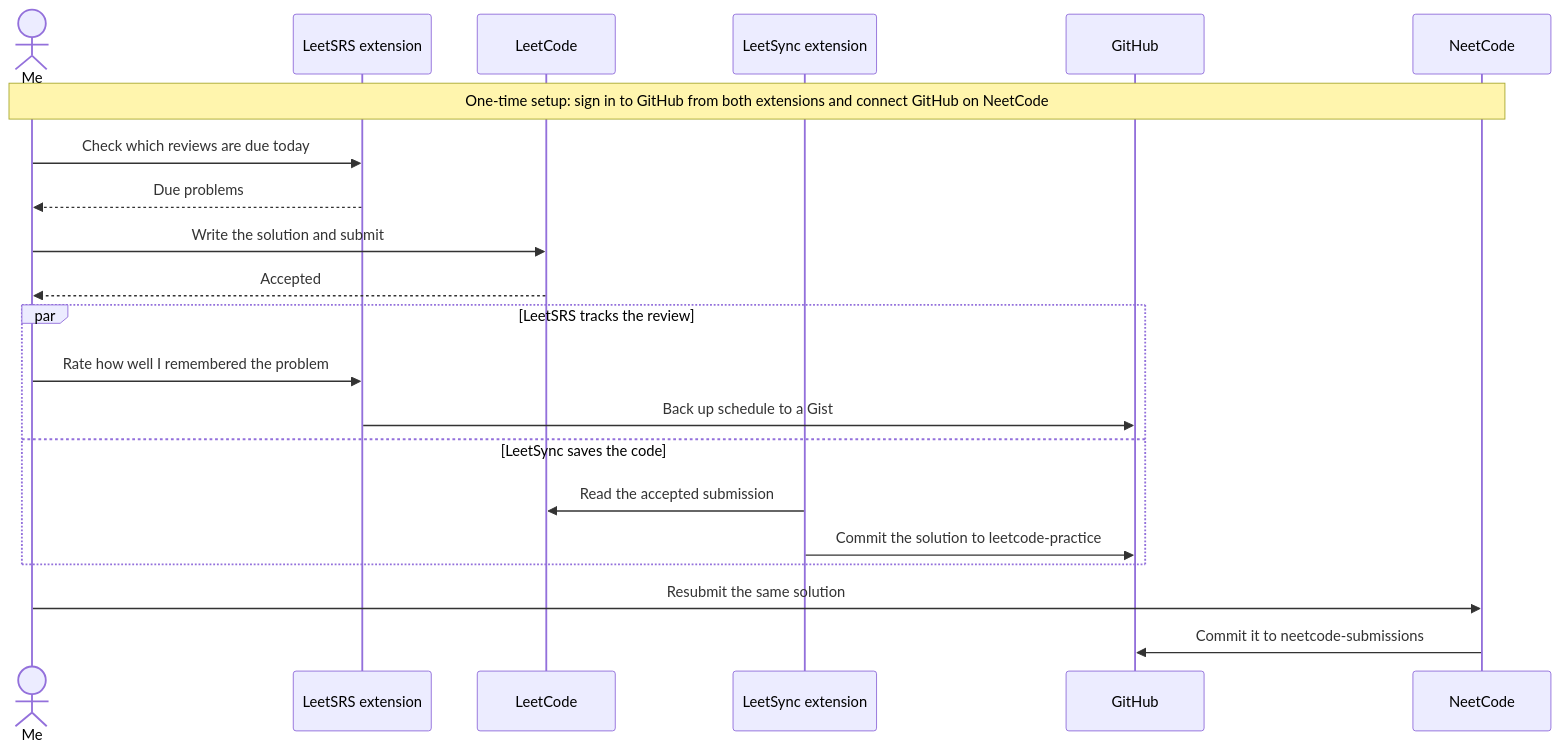
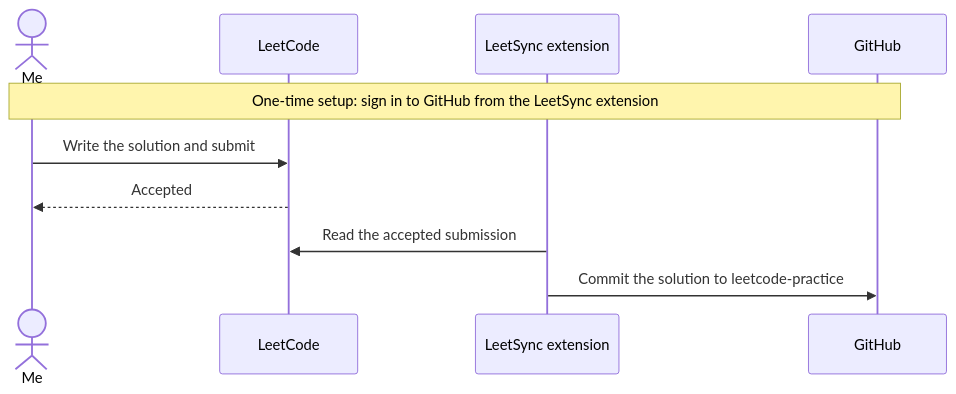
The diagram in README.md (petrubraha/leetcode-practice), drawn with Mermaid before and after one commit.

Commit message:
docs: remove NeetCode and LeetSRS from sequence diagram

````diff
--- a/README.md
+++ b/README.md
@@ -31,28 +31,15 @@
 ```mermaid
 sequenceDiagram
     actor Me
-    participant SRS as LeetSRS extension
     participant LC as LeetCode
     participant Sync as LeetSync extension
     participant GH as GitHub
-    participant NC as NeetCode
 
-    Note over Me,NC: One-time setup: sign in to GitHub from both extensions and connect GitHub on NeetCode
-
-    Me->>SRS: Check which reviews are due today
-    SRS-->>Me: Due problems
+    Note over Me,GH: One-time setup: sign in to GitHub from the LeetSync extension
 
     Me->>LC: Write the solution and submit
     LC-->>Me: Accepted
 
-    par LeetSRS tracks the review
-        Me->>SRS: Rate how well I remembered the problem
-        SRS->>GH: Back up schedule to a Gist
-    and LeetSync saves the code
-        Sync->>LC: Read the accepted submission
-        Sync->>GH: Commit the solution to leetcode-practice
-    end
-
-    Me->>NC: Resubmit the same solution
-    NC->>GH: Commit it to neetcode-submissions
+    Sync->>LC: Read the accepted submission
+    Sync->>GH: Commit the solution to leetcode-practice
 ```
````
